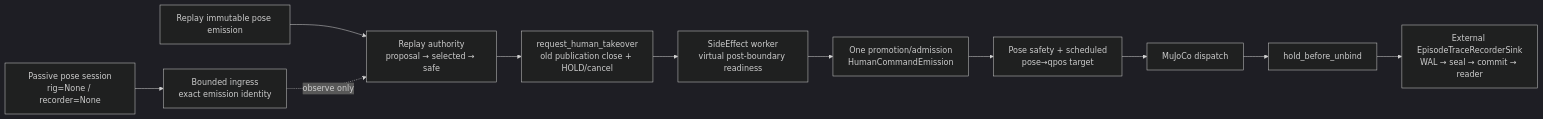
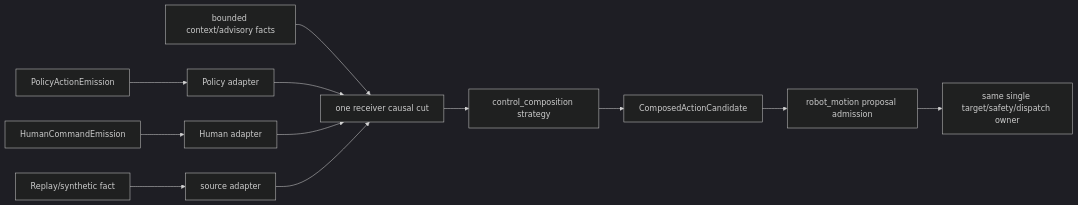
Before and after one commit to xiaopangxiexyg/AgenticRobot: the fourth of 9 diagrams in docs/architecture/dexteleop_architecture_visual_guide.md, drawn with Mermaid (dark theme). The commit also changed other lines of this file and 3 other files, not shown here.

Commit message:
docs: refresh the architecture visual guide

````diff
--- a/docs/architecture/dexteleop_architecture_visual_guide.md
+++ b/docs/architecture/dexteleop_architecture_visual_guide.md
@@ -541,13 +142,14 @@
 ```mermaid
 flowchart LR
-    R["Replay immutable pose emission"] --> A["Replay authority\nproposal → selected → safe"]
-    H["Passive pose session\nrig=None / recorder=None"] --> I["Bounded ingress\nexact emission identity"]
-    I -. observe only .-> A
-    A --> X["request_human_takeover\nold publication close + HOLD/cancel"]
-    X --> W["SideEffect worker\nvirtual post-boundary readiness"]
-    W --> P["One promotion/admission\nHumanCommandEmission"]
-    P --> S["Pose safety + scheduled\npose→qpos target"]
-    S --> T["MuJoCo dispatch"]
-    T --> Q["hold_before_unbind"]
-    Q --> E["External EpisodeTraceRecorderSink\nWAL → seal → commit → reader"]
+    P["PolicyActionEmission"] --> PA["Policy adapter"]
+    H["HumanCommandEmission"] --> HA["Human adapter"]
+    R["Replay/synthetic fact"] --> RA["source adapter"]
+    Ctx["bounded context/advisory facts"] --> Cut["one receiver causal cut"]
+    PA --> Cut
+    HA --> Cut
+    RA --> Cut
+    Cut --> Comp["control_composition strategy"]
+    Comp --> Cand["ComposedActionCandidate"]
+    Cand --> Proposal["robot_motion proposal admission"]
+    Proposal --> Target["same single target/safety/dispatch owner"]
 ```
````
